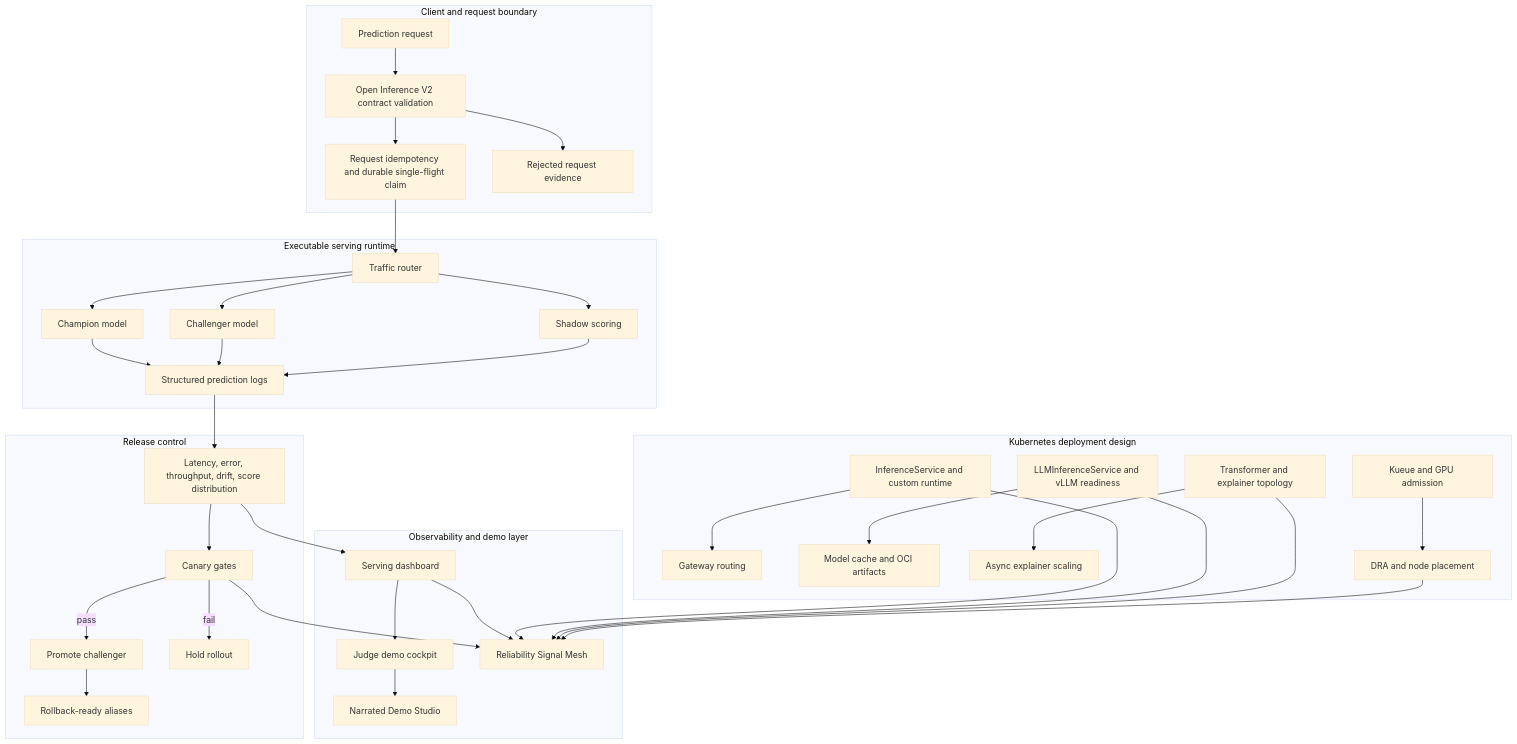
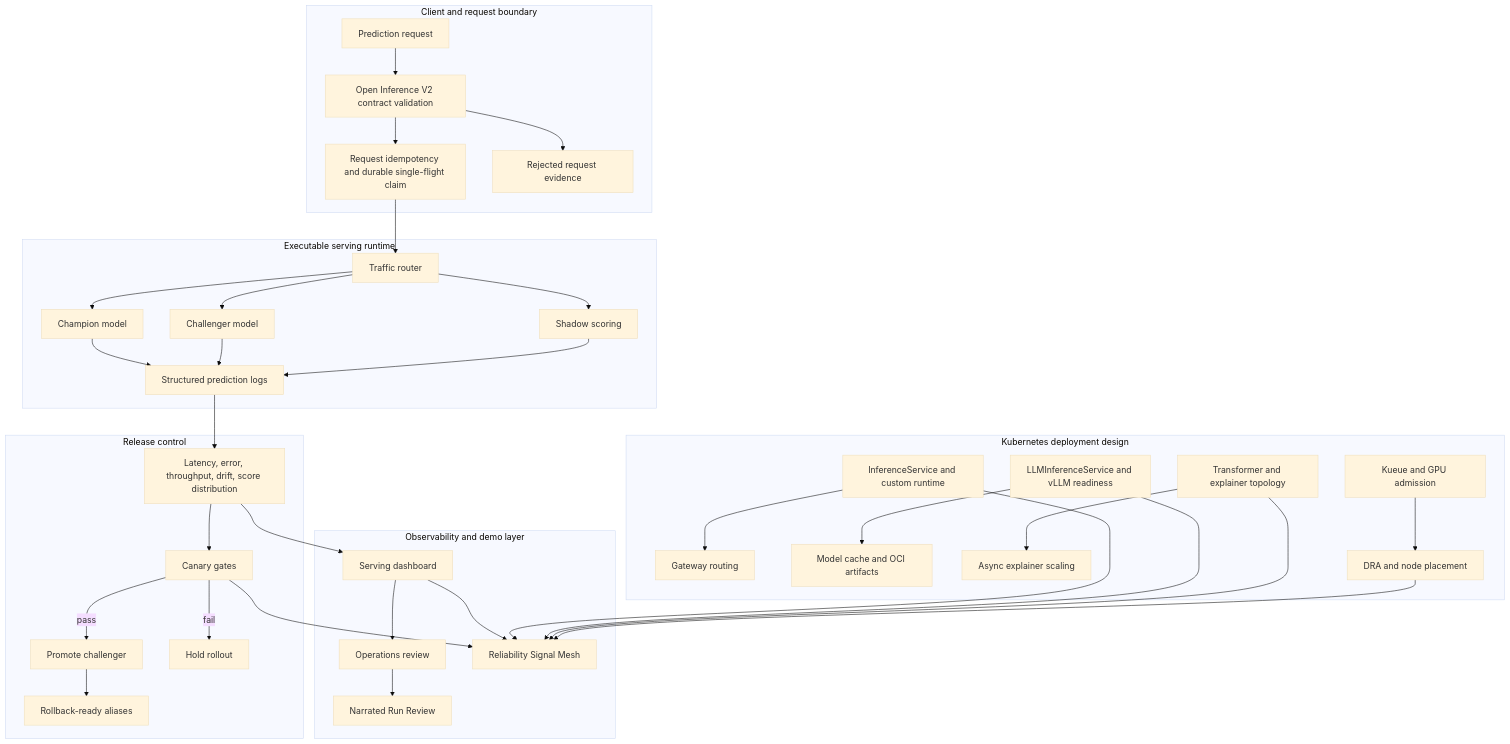
One commit to kevinmeix1/kserve-model-serving-platform changed the diagram in docs/study-guide.md. Above: the diagram before and after it, drawn with Mermaid (base theme). The commit also changed other lines of this file and 33 other files, not shown here.

````diff
--- a/docs/study-guide.md
+++ b/docs/study-guide.md
@@ -7,46 +9,46 @@
 ```mermaid
 flowchart TB
   subgraph CLIENT["Client and request boundary"]
     REQ["Prediction request"] --> CONTRACT["Open Inference V2 contract validation"]
     CONTRACT --> IDEMP["Request idempotency and durable single-flight claim"]
     CONTRACT --> REJECT["Rejected request evidence"]
   end
 
   subgraph SERVE["Executable serving runtime"]
     IDEMP --> ROUTER["Traffic router"]
     ROUTER --> CHAMP["Champion model"]
     ROUTER --> CHALL["Challenger model"]
     ROUTER --> SHADOW["Shadow scoring"]
     CHAMP --> LOGS["Structured prediction logs"]
     CHALL --> LOGS
     SHADOW --> LOGS
   end
 
   subgraph RELEASE["Release control"]
     LOGS --> OBS["Latency, error, throughput, drift, score distribution"]
     OBS --> GATES["Canary gates"]
     GATES -->|pass| PROMOTE["Promote challenger"]
     GATES -->|fail| HOLD["Hold rollout"]
     PROMOTE --> ROLLBACK["Rollback-ready aliases"]
   end
 
   subgraph K8S["Kubernetes deployment design"]
     KSERVE["InferenceService and custom runtime"] --> GATEWAY["Gateway routing"]
     LLM["LLMInferenceService and vLLM readiness"] --> CACHE["Model cache and OCI artifacts"]
     TRANSFORMER["Transformer and explainer topology"] --> ASYNC["Async explainer scaling"]
     KUEUE["Kueue and GPU admission"] --> DRA["DRA and node placement"]
   end
 
   subgraph UI["Observability and demo layer"]
     OBS --> DASH["Serving dashboard"]
-    DASH --> COCKPIT["Judge demo cockpit"]
+    DASH --> COCKPIT["Operations review"]
     DASH --> MESH["Reliability Signal Mesh"]
-    COCKPIT --> NARRATED["Narrated Demo Studio"]
+    COCKPIT --> NARRATED["Narrated Run Review"]
   end
 
   GATES --> MESH
   KSERVE --> MESH
   LLM --> MESH
   TRANSFORMER --> MESH
   DRA --> MESH
 ```
````
